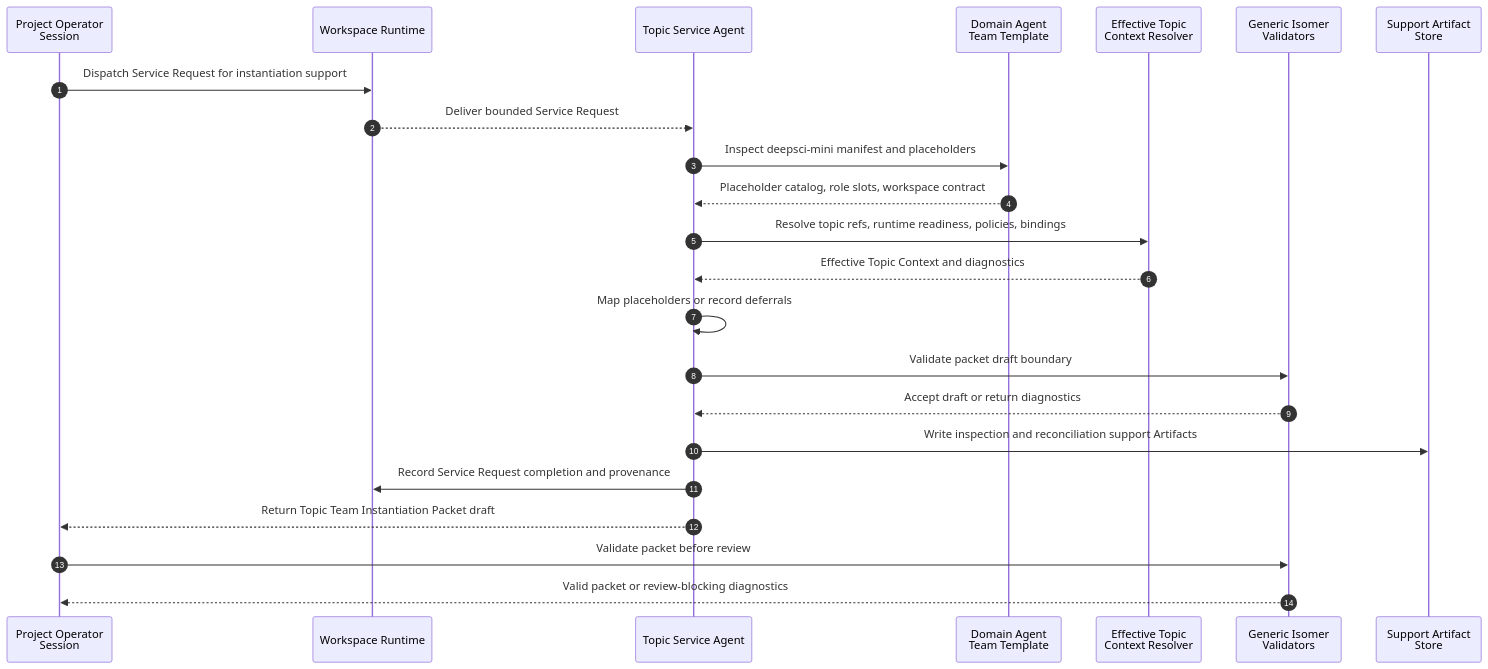
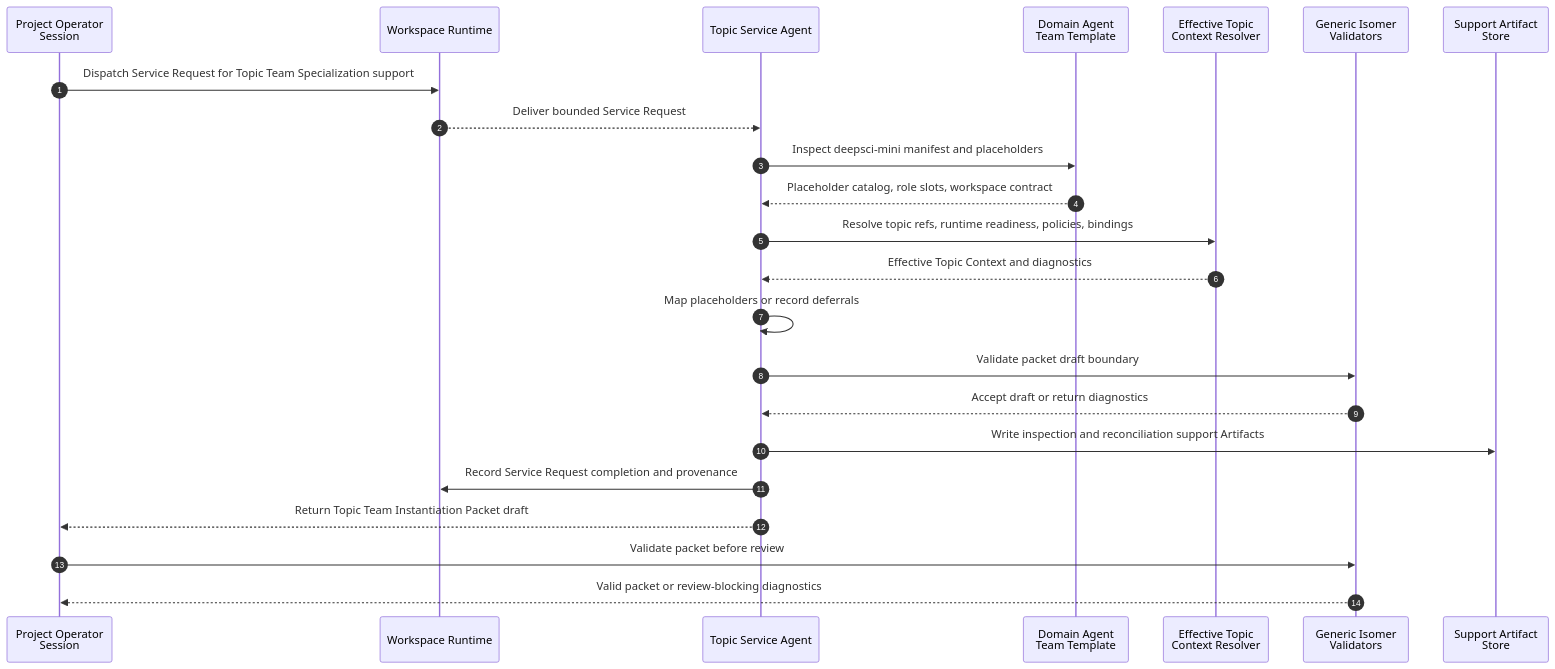
The second of 2 diagrams in openspec/changes/add-operator-agent-topic-team-instantiation/explore/use-cases/uc-02-topic-service-agent-drafts-instantiation-packet.md (CodeGandee/isomer-labs), drawn with Mermaid before and after one commit. The commit also changed other lines of this file and 17 other files, not shown here.

Commit message:
docs: define topic team specialization

````diff
--- a/openspec/changes/add-operator-agent-topic-team-instantiation/explore/use-cases/uc-02-topic-service-agent-drafts-instantiation-packet.md
+++ b/openspec/changes/add-operator-agent-topic-team-instantiation/explore/use-cases/uc-02-topic-service-agent-drafts-instantiation-packet.md
@@ -64,26 +64,26 @@
 ```mermaid
 sequenceDiagram
   autonumber
   participant Session as Project Operator<br/>Session
   participant Runtime as Workspace Runtime
   participant Service as Topic Service Agent
   participant Template as Domain Agent<br/>Team Template
   participant Context as Effective Topic<br/>Context Resolver
   participant Validator as Generic Isomer<br/>Validators
   participant Artifacts as Support Artifact<br/>Store
 
-  Session->>Runtime: Dispatch Service Request for instantiation support
+  Session->>Runtime: Dispatch Service Request for Topic Team Specialization support
   Runtime-->>Service: Deliver bounded Service Request
   Service->>Template: Inspect deepsci-mini manifest and placeholders
   Template-->>Service: Placeholder catalog, role slots, workspace contract
   Service->>Context: Resolve topic refs, runtime readiness, policies, bindings
   Context-->>Service: Effective Topic Context and diagnostics
   Service->>Service: Map placeholders or record deferrals
   Service->>Validator: Validate packet draft boundary
   Validator-->>Service: Accept draft or return diagnostics
   Service->>Artifacts: Write inspection and reconciliation support Artifacts
   Service->>Runtime: Record Service Request completion and provenance
   Service-->>Session: Return Topic Team Instantiation Packet draft
   Session->>Validator: Validate packet before review
   Validator-->>Session: Valid packet or review-blocking diagnostics
 ```
````
